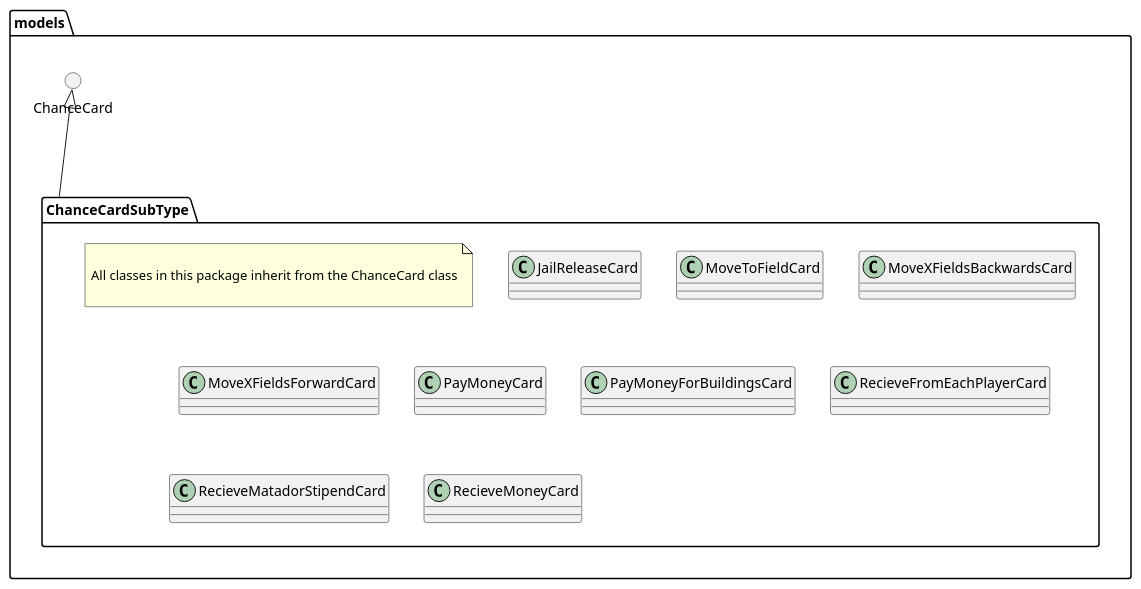
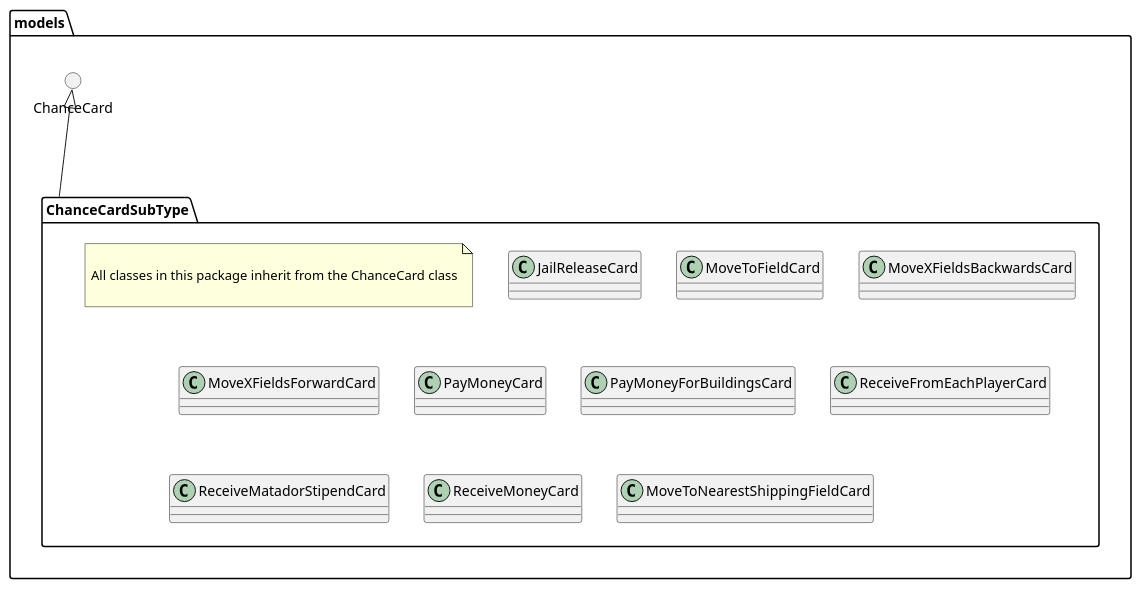
Before and after one commit to GabeKierk889/gruppe-18: the diagram in 18_final/UML/DesignClassDiagram/ChanceCardSubType.puml, drawn with PlantUML. The commit also changed 12 other files, not shown here.

Commit message:
Updated class diagrams Added endGame method

```diff
--- a/18_final/UML/DesignClassDiagram/ChanceCardSubType.puml
+++ b/18_final/UML/DesignClassDiagram/ChanceCardSubType.puml
@@ -1,35 +1,36 @@
 @startuml
 'https://plantuml.com/class-diagram
 skinparam classAttributeIconSize 0
 skinparam ParticipantPadding 30
 
 package models {
 
 () ChanceCard
 
 package ChanceCardSubType {
 
 note as note
 
 All classes in this package inherit from the ChanceCard class
 
 end note
 
 class JailReleaseCard
 class MoveToFieldCard
 class MoveXFieldsBackwardsCard
 class MoveXFieldsForwardCard
 class PayMoneyCard
 class PayMoneyForBuildingsCard
-class RecieveFromEachPlayerCard
-class RecieveMatadorStipendCard
-class RecieveMoneyCard
+class ReceiveFromEachPlayerCard
+class ReceiveMatadorStipendCard
+class ReceiveMoneyCard
+class MoveToNearestShippingFieldCard
 
 }
 
 }
 
 ChanceCard <|--- ChanceCardSubType
 
 
 @enduml
```
